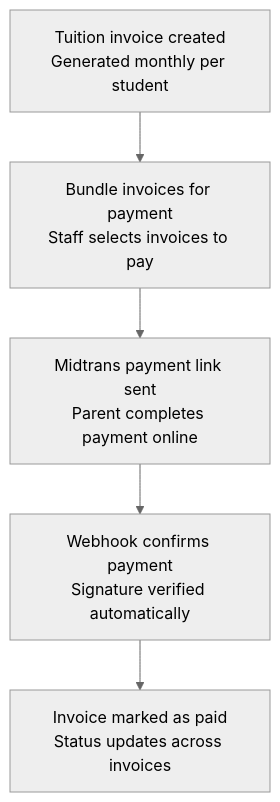
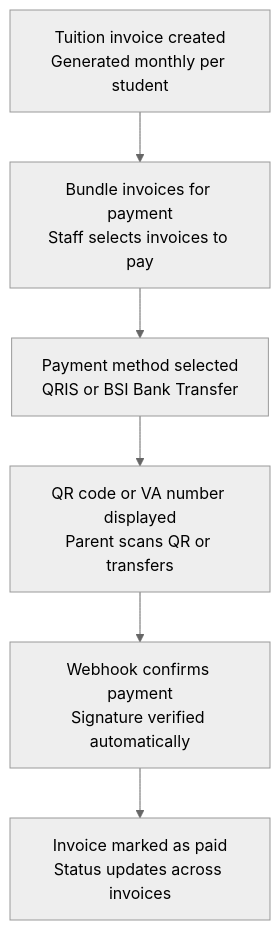
Before and after one commit to aslammaududy/alinsyirah-backend: the first of 4 diagrams in simdik-al-insyirah-diagrams.md, drawn with Mermaid (neutral theme). The commit also changed other lines of this file, not shown here.

First line of the commit message:
docs: update architecture diagrams for Core API integration

````diff
--- a/simdik-al-insyirah-diagrams.md
+++ b/simdik-al-insyirah-diagrams.md
@@ -9,10 +9,11 @@
 ```mermaid
 flowchart TD
     A["Tuition invoice created<br/>Generated monthly per student"]
     B["Bundle invoices for payment<br/>Staff selects invoices to pay"]
-    C["Midtrans payment link sent<br/>Parent completes payment online"]
-    D["Webhook confirms payment<br/>Signature verified automatically"]
-    E["Invoice marked as paid<br/>Status updates across invoices"]
+    C["Payment method selected<br/>QRIS or BSI Bank Transfer"]
+    D["QR code or VA number displayed<br/>Parent scans QR or transfers"]
+    E["Webhook confirms payment<br/>Signature verified automatically"]
+    F["Invoice marked as paid<br/>Status updates across invoices"]
 
-    A --> B --> C --> D --> E
+    A --> B --> C --> D --> E --> F
 ```
````
